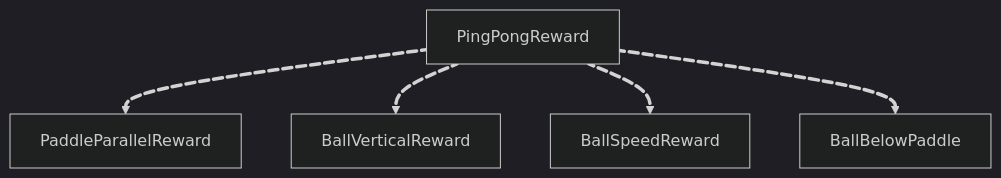
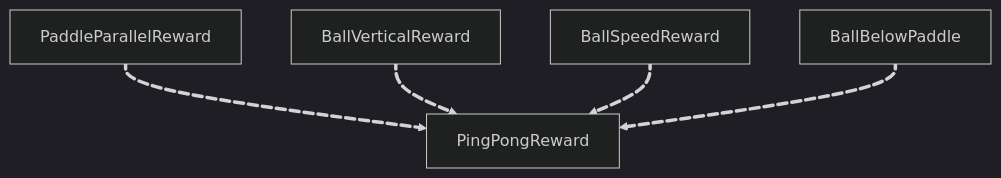
Before and after one commit to KASDmusic/so101-robotic-learning: the diagram in README.md, drawn with Mermaid (dark theme).

Commit message:
Add diagram in readme

````diff
--- a/README.md
+++ b/README.md
@@ -139,12 +139,12 @@
 ```mermaid
   graph TD;
-      PingPongReward e1@==> PaddleParallelReward;
-      PingPongReward e2@==> BallVerticalReward;
-      PingPongReward e3@==> BallSpeedReward;
-      PingPongReward e4@==> BallBelowPaddle;
+      PaddleParallelReward e1@==> PingPongReward;
+      BallVerticalReward e2@==> PingPongReward;
+      BallSpeedReward e3@==> PingPongReward;
+      BallBelowPaddle e4@==> PingPongReward;
 
       e1@{ animate: true }
       e2@{ animate: true }
       e3@{ animate: true }
       e4@{ animate: true }
 ```
````
